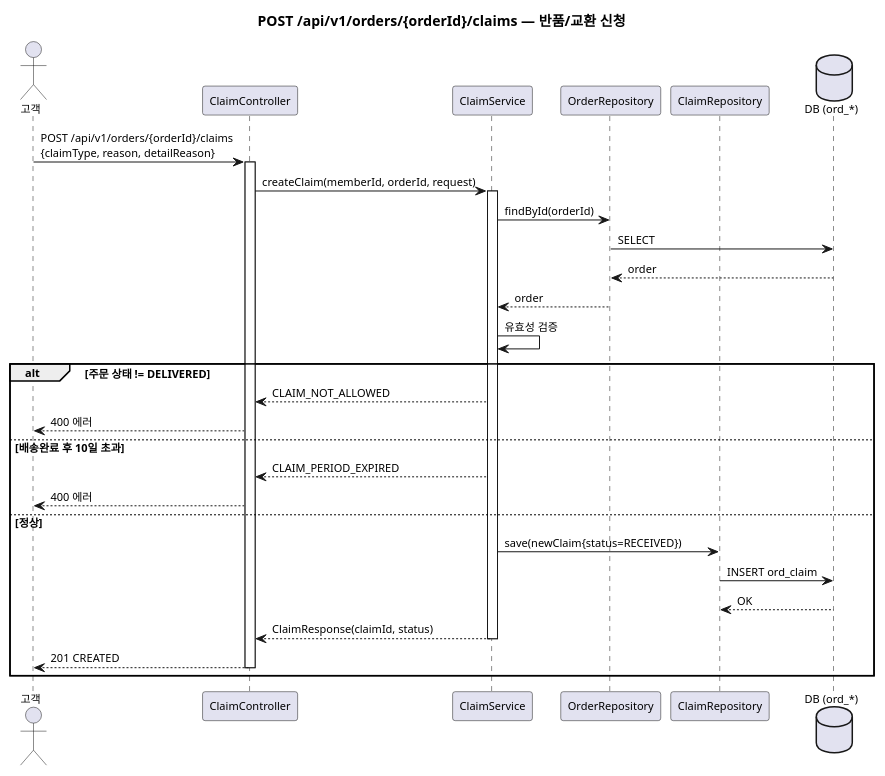
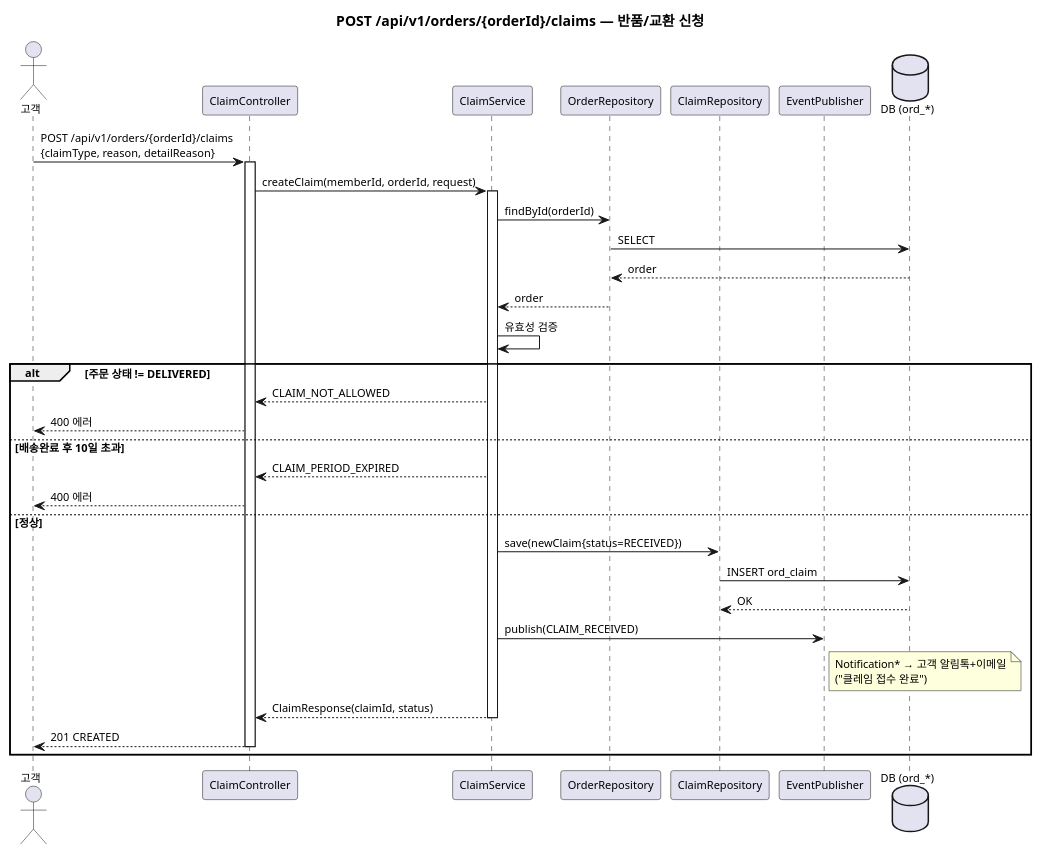
The seventh of 21 diagrams in docs/자산화-단계별/S3-상세설계/16-시퀀스(Order-Payment).md (parknahyun/runNShop), drawn with PlantUML before and after one commit. The commit also changed other lines of this file and 18 other files, not shown here.

````diff
--- a/docs/자산화-단계별/S3-상세설계/16-시퀀스(Order-Payment).md
+++ b/docs/자산화-단계별/S3-상세설계/16-시퀀스(Order-Payment).md
@@ -345,44 +345,48 @@
 ```plantuml
 @startuml
 skinparam backgroundColor transparent
 skinparam defaultFontSize 11
 title POST /api/v1/orders/{orderId}/claims — 반품/교환 신청
 
 actor 고객 as Client
 participant "ClaimController" as CC
 participant "ClaimService" as CS
 participant "OrderRepository" as OR
 participant "ClaimRepository" as CR
+participant "EventPublisher" as EP
 database "DB (ord_*)" as DB
 
 Client -> CC : POST /api/v1/orders/{orderId}/claims\n{claimType, reason, detailReason}
 activate CC
 
 CC -> CS : createClaim(memberId, orderId, request)
 activate CS
 
 CS -> OR : findById(orderId)
 OR -> DB : SELECT
 DB --> OR : order
 OR --> CS : order
 
 CS -> CS : 유효성 검증
 alt 주문 상태 != DELIVERED
   CS --> CC : CLAIM_NOT_ALLOWED
   CC --> Client : 400 에러
 else 배송완료 후 10일 초과
   CS --> CC : CLAIM_PERIOD_EXPIRED
   CC --> Client : 400 에러
 else 정상
   CS -> CR : save(newClaim{status=RECEIVED})
   CR -> DB : INSERT ord_claim
   DB --> CR : OK
 
+  CS -> EP : publish(CLAIM_RECEIVED)
+  note right of EP: Notification* → 고객 알림톡+이메일\n("클레임 접수 완료")
+
   CS --> CC : ClaimResponse(claimId, status)
   deactivate CS
   CC --> Client : 201 CREATED
   deactivate CC
 end
 
 @enduml
 ```
````
